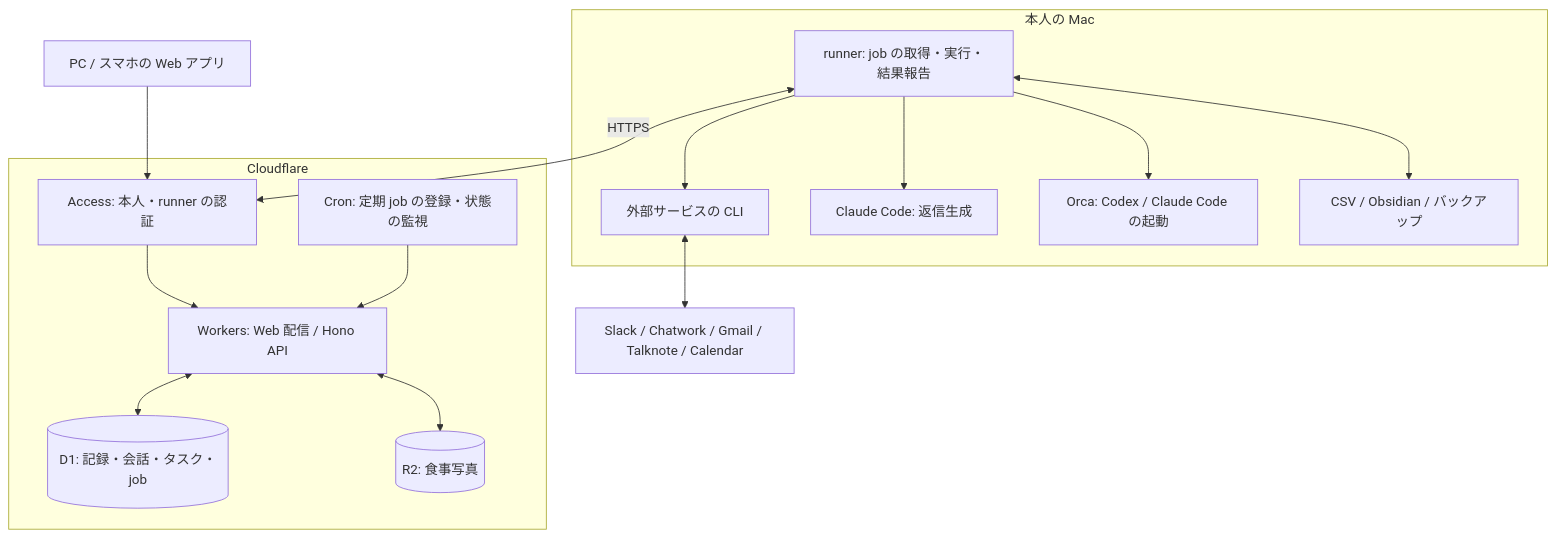
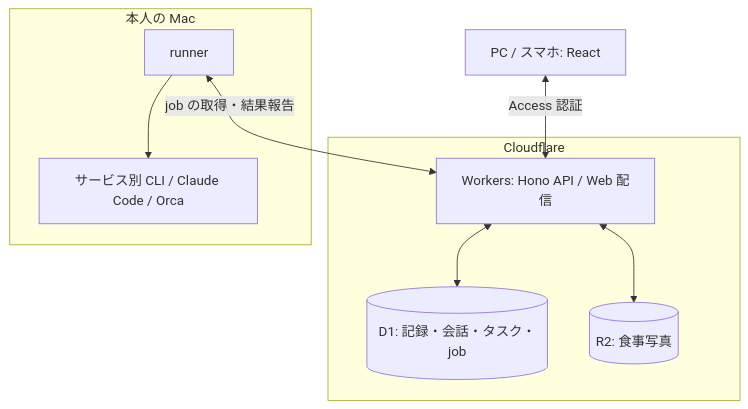
One commit to kokoichi206/life-console changed the diagram in README.md. Above: the diagram before and after it, drawn with Mermaid. The commit also changed other lines of this file and 1 other file, not shown here.

````diff
--- a/README.md
+++ b/README.md
@@ -70,32 +28,21 @@
 ```mermaid
 flowchart TB
-  browser["PC / スマホの Web アプリ"]
+  web["PC / スマホ: React"]
 
   subgraph cloud["Cloudflare"]
-    access["Access: 本人・runner の認証"]
-    api["Workers: Web 配信 / Hono API"]
+    api["Workers: Hono API / Web 配信"]
     db[("D1: 記録・会話・タスク・job")]
     photos[("R2: 食事写真")]
-    cron["Cron: 定期 job の登録・状態の監視"]
-    access --> api
     api <--> db
     api <--> photos
-    cron --> api
   end
 
   subgraph mac["本人の Mac"]
-    runner["runner: job の取得・実行・結果報告"]
-    cli["外部サービスの CLI"]
-    drafts["Claude Code: 返信生成"]
-    orca["Orca: Codex / Claude Code の起動"]
-    files["CSV / Obsidian / バックアップ"]
+    runner["runner"]
+    cli["サービス別 CLI / Claude Code / Orca"]
     runner --> cli
-    runner --> drafts
-    runner --> orca
-    runner <--> files
   end
 
-  browser --> access
-  runner <-->|"HTTPS"| access
-  cli <--> services["Slack / Chatwork / Gmail / Talknote / Calendar"]
+  web <-->|"Access 認証"| api
+  runner <-->|"job の取得・結果報告"| api
 ```
````
